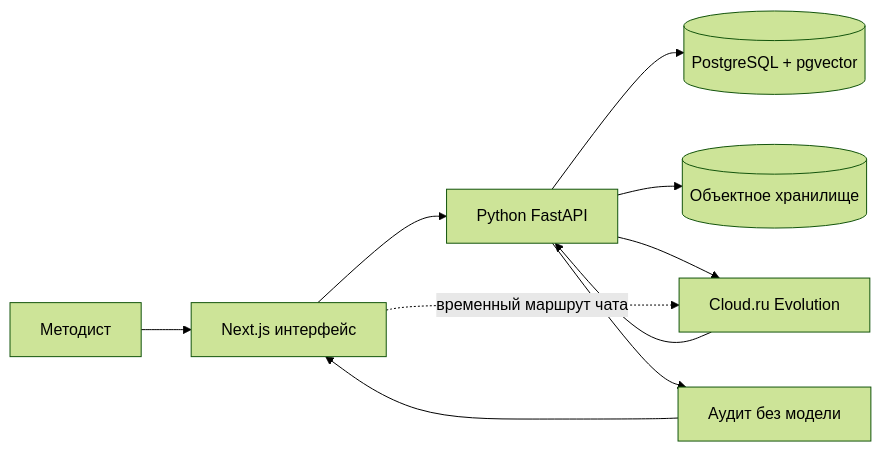
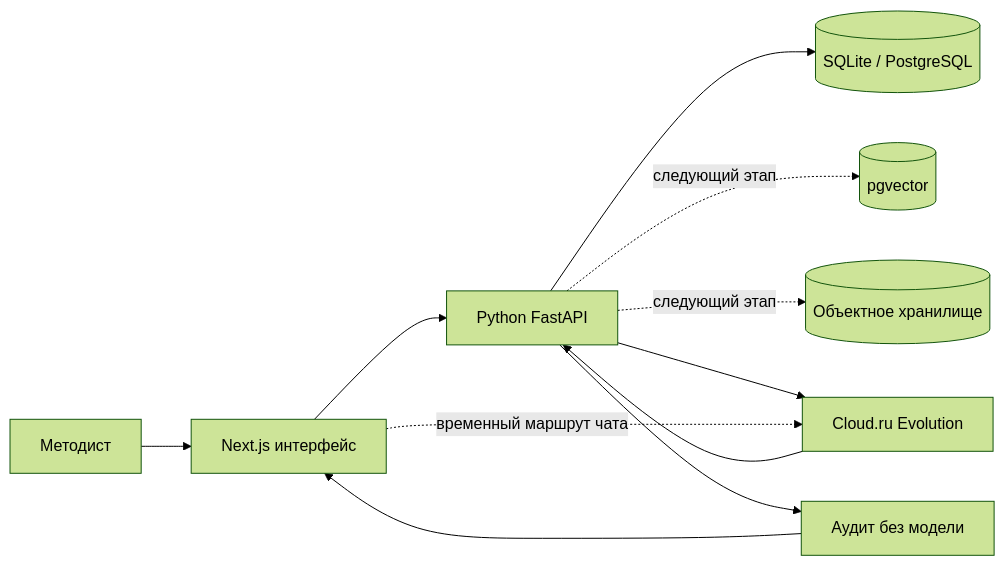
One commit to fairyofmiracle/edu_course_agent changed the diagram in README.md. Above: the diagram before and after it, drawn with Mermaid (forest theme). The commit also changed other lines of this file and 23 other files, not shown here.

````diff
--- a/README.md
+++ b/README.md
@@ -67,12 +93,13 @@
 ```mermaid
 flowchart LR
   Methodologist[Методист] --> UI[Next.js интерфейс]
   UI --> Python[Python FastAPI]
-  Python --> DB[(PostgreSQL + pgvector)]
-  Python --> Files[(Объектное хранилище)]
+  Python --> DB[(SQLite / PostgreSQL)]
+  Python -. следующий этап .-> Vector[(pgvector)]
+  Python -. следующий этап .-> Files[(Объектное хранилище)]
   Python --> Cloud[Cloud.ru Evolution]
   Cloud --> Python
   Python --> Rules[Аудит без модели]
   Rules --> UI
   UI -. временный маршрут чата .-> Cloud
 ```
````
